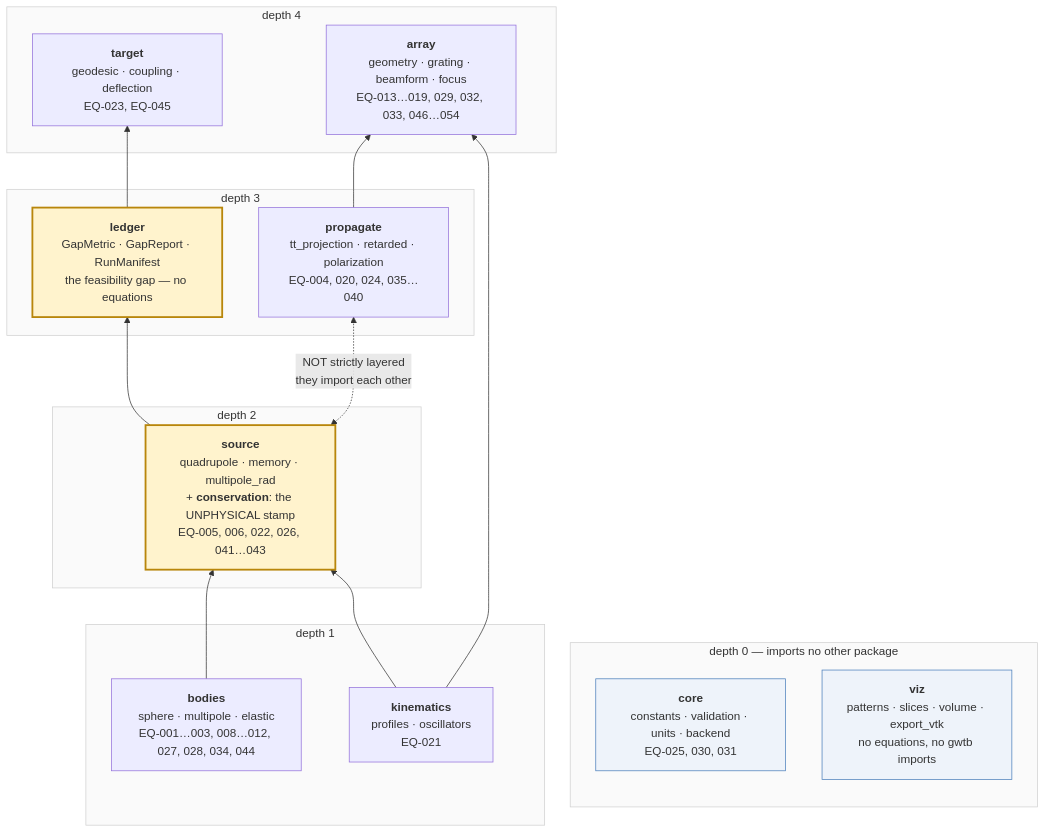
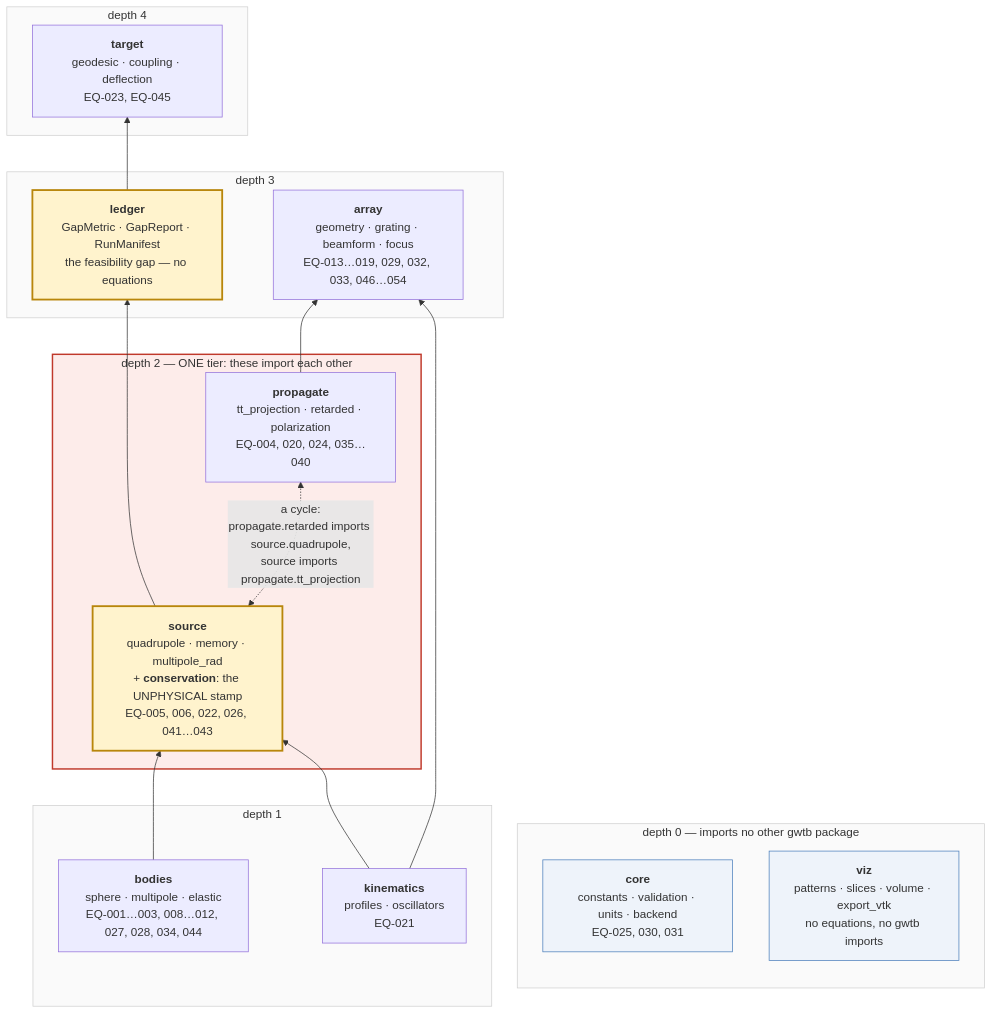
One commit to sudo-install-gravity/tractor-beam-cathedral changed the first of 2 diagrams in docs/paper/nature-draft.md. Above: the diagram before and after it, drawn with Mermaid. The commit also changed other lines of this file and 3 other files, not shown here.

````diff
--- a/docs/paper/nature-draft.md
+++ b/docs/paper/nature-draft.md
@@ -1504,37 +1521,39 @@
 ```mermaid
 flowchart BT
-    subgraph d0[" depth 0 — imports no other package "]
+    subgraph d0[" depth 0 — imports no other gwtb package "]
         core["<b>core</b><br/>constants · validation · units · backend<br/>EQ-025, 030, 031"]
         viz["<b>viz</b><br/>patterns · slices · volume · export_vtk<br/>no equations, no gwtb imports"]
     end
     subgraph d1[" depth 1 "]
         bodies["<b>bodies</b><br/>sphere · multipole · elastic<br/>EQ-001…003, 008…012, 027, 028, 034, 044"]
         kinematics["<b>kinematics</b><br/>profiles · oscillators<br/>EQ-021"]
     end
-    subgraph d2[" depth 2 "]
+    subgraph d2[" depth 2 — ONE tier: these import each other "]
         source["<b>source</b><br/>quadrupole · memory · multipole_rad<br/>+ <b>conservation</b>: the UNPHYSICAL stamp<br/>EQ-005, 006, 022, 026, 041…043"]
+        propagate["<b>propagate</b><br/>tt_projection · retarded · polarization<br/>EQ-004, 020, 024, 035…040"]
     end
     subgraph d3[" depth 3 "]
-        propagate["<b>propagate</b><br/>tt_projection · retarded · polarization<br/>EQ-004, 020, 024, 035…040"]
+        array["<b>array</b><br/>geometry · grating · beamform · focus<br/>EQ-013…019, 029, 032, 033, 046…054"]
         ledger["<b>ledger</b><br/>GapMetric · GapReport · RunManifest<br/>the feasibility gap — no equations"]
     end
     subgraph d4[" depth 4 "]
-        array["<b>array</b><br/>geometry · grating · beamform · focus<br/>EQ-013…019, 029, 032, 033, 046…054"]
         target["<b>target</b><br/>geodesic · coupling · deflection<br/>EQ-023, EQ-045"]
     end
 
     bodies --> source
     kinematics --> source
     kinematics --> array
     source --> ledger
     propagate --> array
     ledger --> target
-    source <-.->|"NOT strictly layered<br/>they import each other"| propagate
+    source <-.->|"a cycle:<br/>propagate.retarded imports source.quadrupole,<br/>source imports propagate.tt_projection"| propagate
 
     classDef gov fill:#fff3cd,stroke:#b8860b,stroke-width:2.5px
     classDef base fill:#eef3fa,stroke:#4a7ebb
     classDef lvl fill:#fafafa,stroke:#d0d0d0
+    classDef cyc fill:#fdecea,stroke:#c0392b,stroke-width:2px
     class ledger,source gov
     class core,viz base
-    class d0,d1,d2,d3,d4 lvl
+    class d0,d1,d3,d4 lvl
+    class d2 cyc
 ```
````
